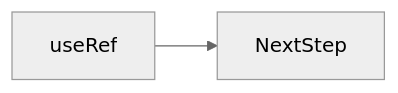
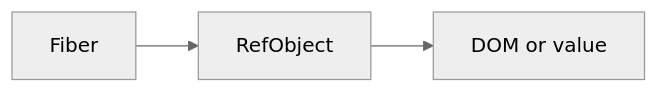
The second of 2 diagrams in docs/en/10-react/useref/index.md (OmidJavaherii/Frontend-Engineering-Handbook), drawn with Mermaid (neutral theme) before and after one commit. The commit also changed other lines of this file and 461 other files, not shown here.

````diff
--- a/docs/en/10-react/useref/index.md
+++ b/docs/en/10-react/useref/index.md
@@ -95,4 +109,4 @@
 ```mermaid
 flowchart LR
-  concept[useRef] --> nextStep[NextStep]
+  Fiber --> RefObject --> current[DOM or value]
 ```
````
